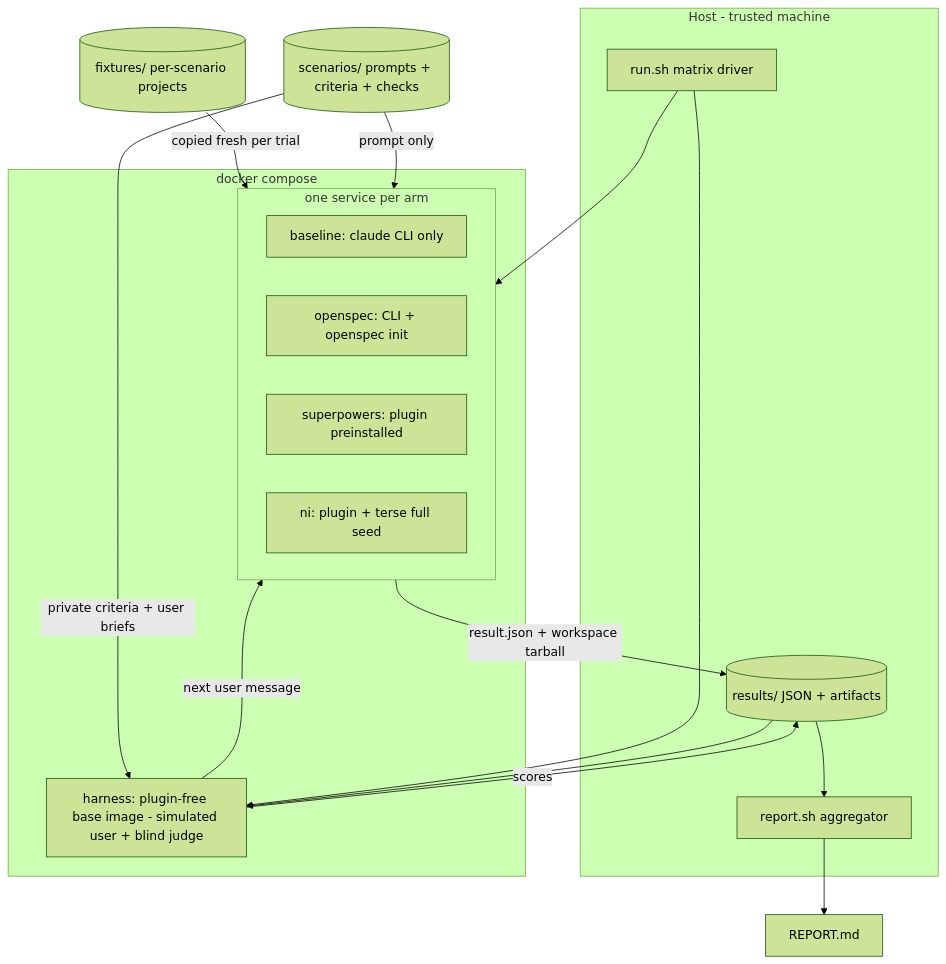
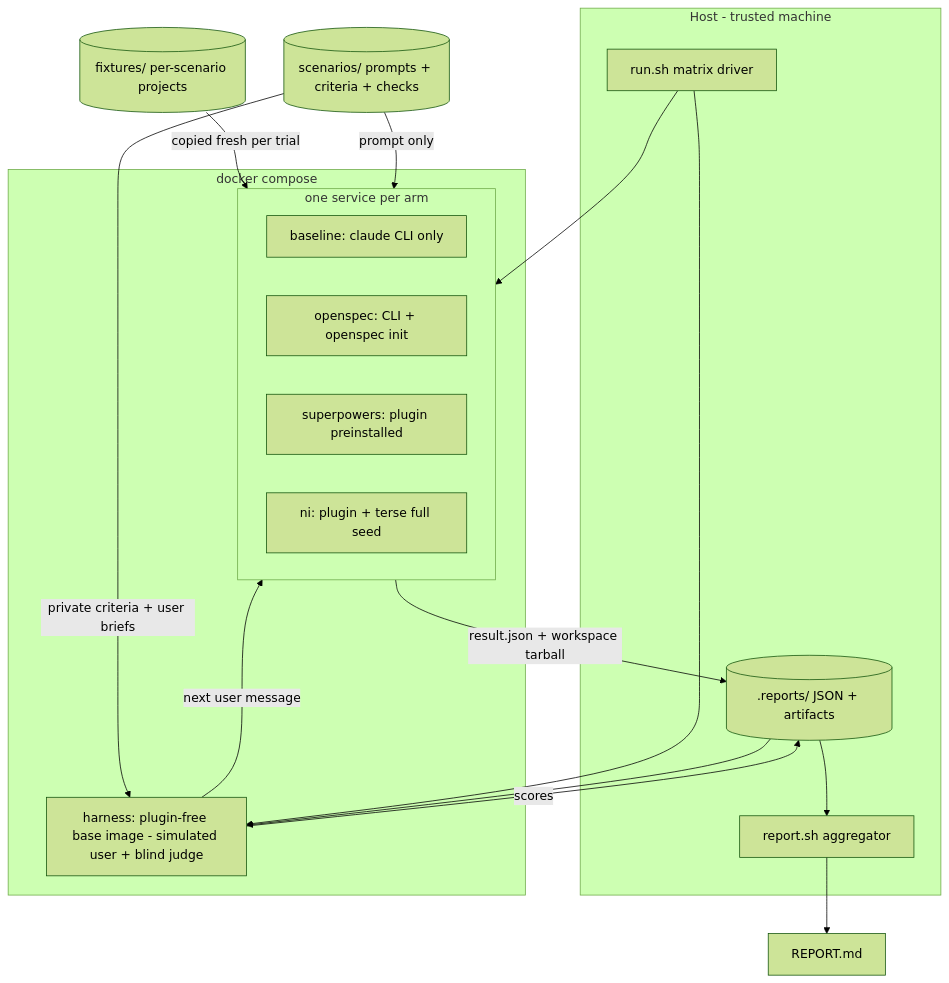
The diagram in docs/20261001_benchmark/designs/benchmark.md (cboudereau/ni-bench), drawn with Mermaid (forest theme) before and after one commit. The commit also changed other lines of this file and 15 other files, not shown here.

First line of the commit message:
refactor(reports): run artifacts move from results/ to .reports/

````diff
--- a/docs/20261001_benchmark/designs/benchmark.md
+++ b/docs/20261001_benchmark/designs/benchmark.md
@@ -107,31 +107,31 @@
 ```mermaid
 graph TB
     subgraph host [Host - trusted machine]
         run[run.sh matrix driver]
         report[report.sh aggregator]
-        results[(results/ JSON + artifacts)]
+        results[(.reports/ JSON + artifacts)]
     end
     subgraph compose [docker compose]
         subgraph arms [one service per arm]
             baseline[baseline: claude CLI only]
             openspec[openspec: CLI + openspec init]
             superpowers[superpowers: plugin preinstalled]
             ni[ni: plugin + terse full seed]
         end
         harness_svc[harness: plugin-free base image - simulated user + blind judge]
     end
     fixtures[(fixtures/ per-scenario projects)]
     scenarios[(scenarios/ prompts + criteria + checks)]
 
     run --> arms
     run --> harness_svc
     fixtures -->|copied fresh per trial| arms
     scenarios -->|prompt only| arms
     scenarios -->|private criteria + user briefs| harness_svc
     harness_svc -->|next user message| arms
     arms -->|result.json + workspace tarball| results
     results --> harness_svc
     harness_svc -->|scores| results
     results --> report
     report --> REPORT.md
 ```
````
